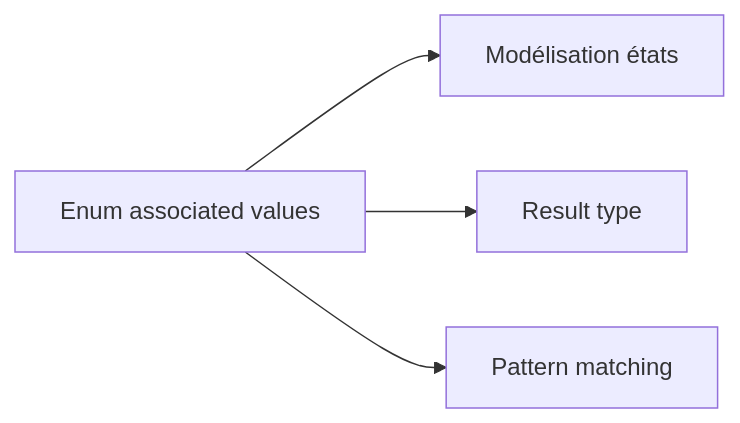
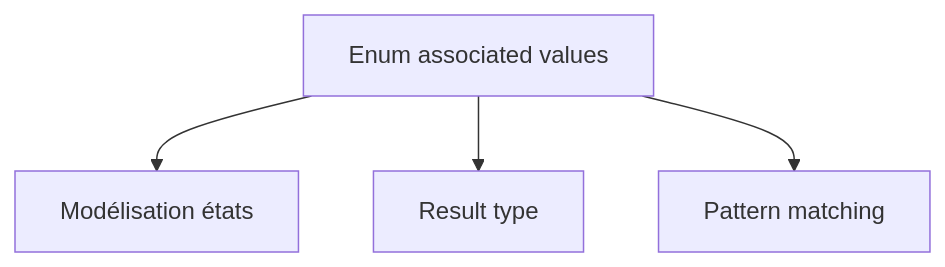
One commit to zyrass/omnydocs changed diagram 14 of 45 in docs/glossaire/developpement-mobile.md. Above: the diagram before and after it, drawn with Mermaid. The commit also changed other lines of this file and 959 other files, not shown here.

````diff
--- a/docs/glossaire/developpement-mobile.md
+++ b/docs/glossaire/developpement-mobile.md
@@ -441,6 +489,6 @@
-    ```mermaid
-    graph LR
-        A[Enum associated values] --> B[Modélisation états]
-        A --> C[Result type]
-        A --> D[Pattern matching]
-    ```
+```mermaid
+flowchart TB
+    A["Enum associated values"] --> B["Modélisation états"]
+    A --> C["Result type"]
+    A --> D["Pattern matching"]
+```
````
